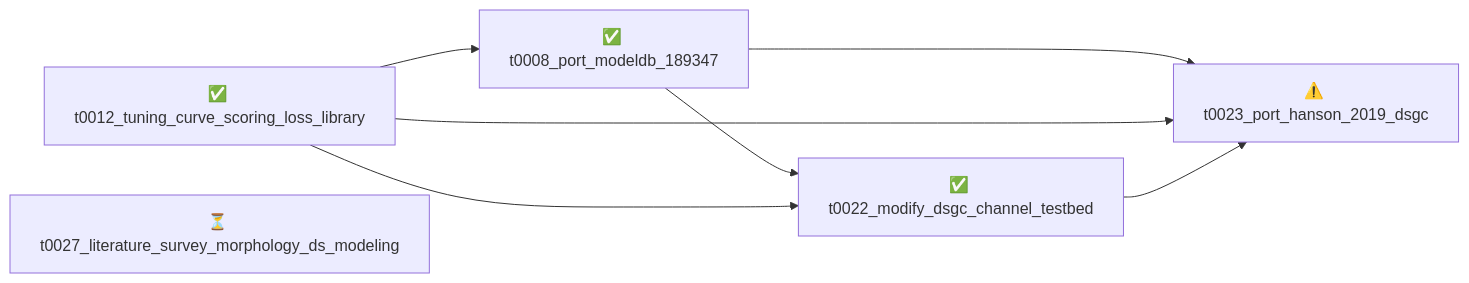
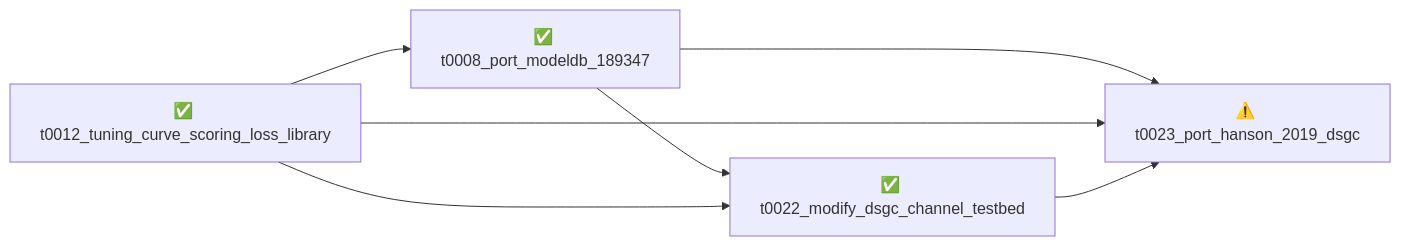
The diagram in overview/tasks/README.md (tonza17/neuron-channels), drawn with Mermaid before and after one commit. The commit also changed other lines of this file and 60 other files, not shown here.

Commit message:
Rebuild overview/ after t0027 literature survey merge

````diff
--- a/overview/tasks/README.md
+++ b/overview/tasks/README.md
@@ -13,15 +12,14 @@
 ```mermaid
 graph LR
     t0008_port_modeldb_189347["✅ t0008_port_modeldb_189347"]
     t0012_tuning_curve_scoring_loss_library["✅ t0012_tuning_curve_scoring_loss_library"]
     t0022_modify_dsgc_channel_testbed["✅ t0022_modify_dsgc_channel_testbed"]
     t0023_port_hanson_2019_dsgc["⚠️ t0023_port_hanson_2019_dsgc"]
-    t0027_literature_survey_morphology_ds_modeling["⏳ t0027_literature_survey_morphology_ds_modeling"]
 
     t0012_tuning_curve_scoring_loss_library --> t0008_port_modeldb_189347
     t0008_port_modeldb_189347 --> t0022_modify_dsgc_channel_testbed
     t0012_tuning_curve_scoring_loss_library --> t0022_modify_dsgc_channel_testbed
     t0008_port_modeldb_189347 --> t0023_port_hanson_2019_dsgc
     t0012_tuning_curve_scoring_loss_library --> t0023_port_hanson_2019_dsgc
     t0022_modify_dsgc_channel_testbed --> t0023_port_hanson_2019_dsgc
 ```
````
